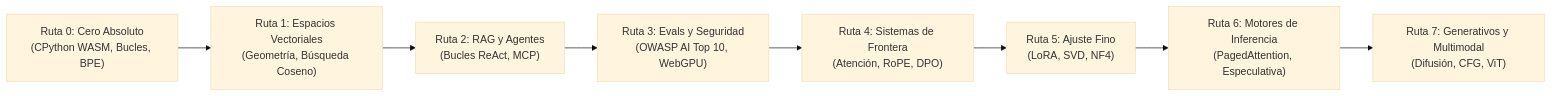
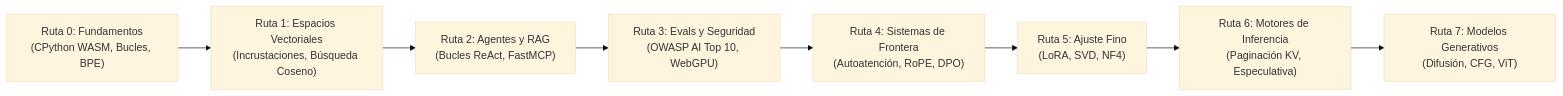
The first of 2 diagrams in docs/translations/README_es.md (Adilrafiq001/OpenGuideForAI), drawn with Mermaid (base theme) before and after one commit. The commit also changed other lines of this file and 19 other files, not shown here.

````diff
--- a/docs/translations/README_es.md
+++ b/docs/translations/README_es.md
@@ -110,13 +74,13 @@
 ```mermaid
 graph LR
-    T0["Ruta 0: Cero Absoluto<br/>(CPython WASM, Bucles, BPE)"]
-    T1["Ruta 1: Espacios Vectoriales<br/>(Geometría, Búsqueda Coseno)"]
-    T2["Ruta 2: RAG y Agentes<br/>(Bucles ReAct, MCP)"]
+    T0["Ruta 0: Fundamentos<br/>(CPython WASM, Bucles, BPE)"]
+    T1["Ruta 1: Espacios Vectoriales<br/>(Incrustaciones, Búsqueda Coseno)"]
+    T2["Ruta 2: Agentes y RAG<br/>(Bucles ReAct, FastMCP)"]
     T3["Ruta 3: Evals y Seguridad<br/>(OWASP AI Top 10, WebGPU)"]
-    T4["Ruta 4: Sistemas de Frontera<br/>(Atención, RoPE, DPO)"]
+    T4["Ruta 4: Sistemas de Frontera<br/>(Autoatención, RoPE, DPO)"]
     T5["Ruta 5: Ajuste Fino<br/>(LoRA, SVD, NF4)"]
-    T6["Ruta 6: Motores de Inferencia<br/>(PagedAttention, Especulativa)"]
-    T7["Ruta 7: Generativos y Multimodal<br/>(Difusión, CFG, ViT)"]
+    T6["Ruta 6: Motores de Inferencia<br/>(Paginación KV, Especulativa)"]
+    T7["Ruta 7: Modelos Generativos<br/>(Difusión, CFG, ViT)"]
 
     T0 --> T1 --> T2 --> T3 --> T4 --> T5 --> T6 --> T7
 ```
````
